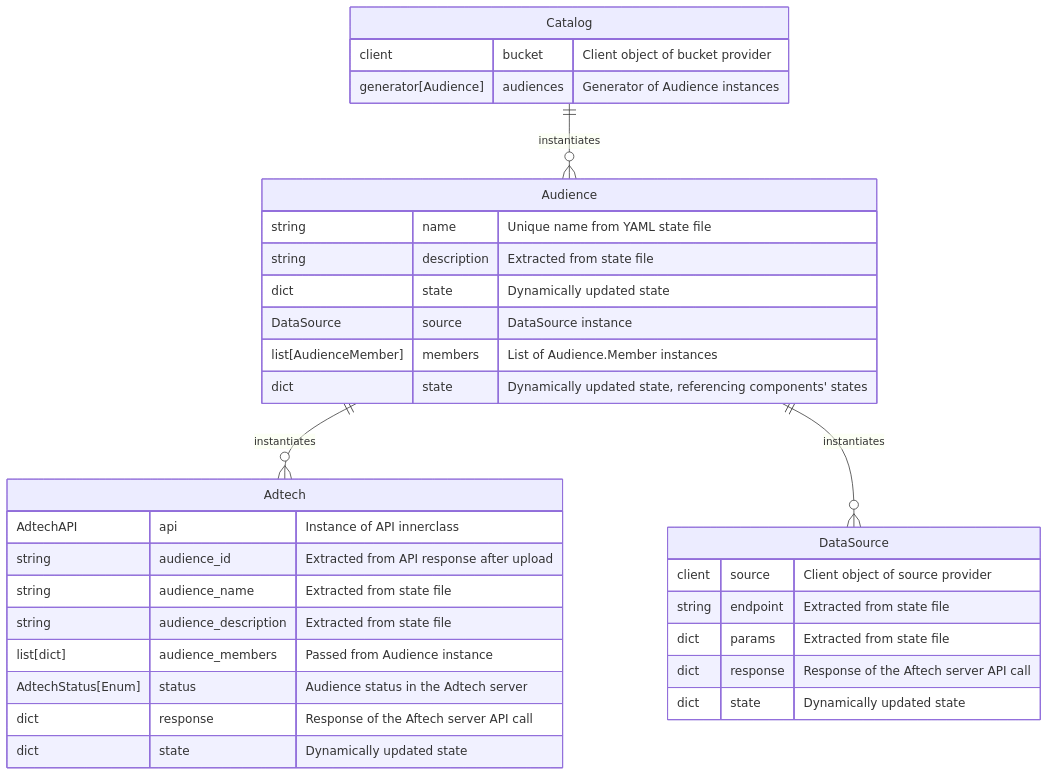
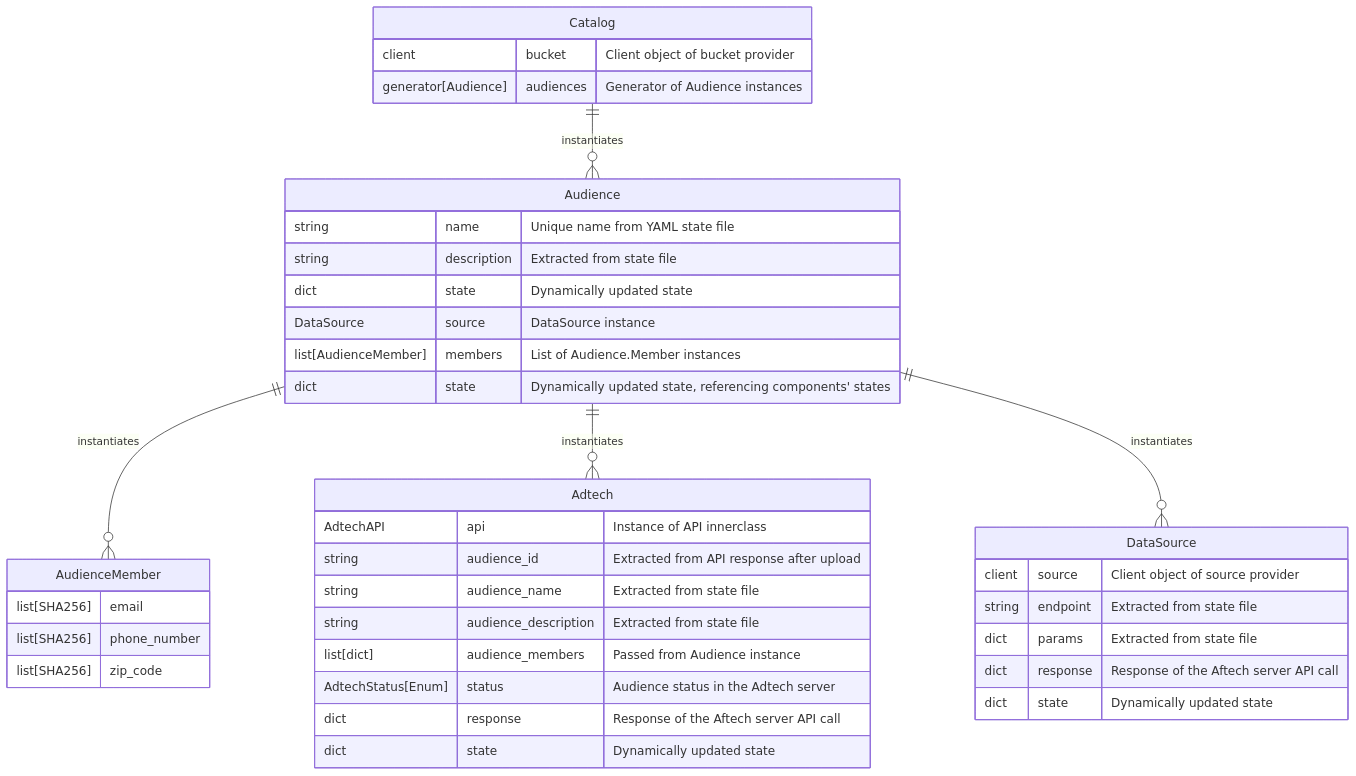
Before and after one commit to brunopini/dmp-design-pattern-demo: the second of 3 diagrams in README.md, drawn with Mermaid.

Commit message:
improved

````diff
--- a/README.md
+++ b/README.md
@@ -67,35 +67,41 @@
 ``` mermaid
 erDiagram
     Catalog ||--o{ Audience : instantiates
     Catalog {
         client bucket "Client object of bucket provider"
         generator[Audience] audiences "Generator of Audience instances"
+    }
+    Audience ||--o{ AudienceMember : instantiates
+    AudienceMember {
+        list[SHA256] email
+        list[SHA256] phone_number
+        list[SHA256] zip_code
     }
     Audience ||--o{ Adtech : instantiates
     Audience {
         string name "Unique name from YAML state file"
         string description "Extracted from state file"
         dict state "Dynamically updated state"
         DataSource source "DataSource instance"
         list[AudienceMember] members "List of Audience.Member instances"
         dict state "Dynamically updated state, referencing components' states"
     }
     Adtech {
         AdtechAPI api "Instance of API innerclass"
         string audience_id "Extracted from API response after upload"
         string audience_name "Extracted from state file"
         string audience_description "Extracted from state file"
         list[dict] audience_members "Passed from Audience instance"
         AdtechStatus[Enum] status "Audience status in the Adtech server"
         dict response "Response of the Aftech server API call"
         dict state "Dynamically updated state"
     }
     Audience ||--o{ DataSource : instantiates
     DataSource {
         client source "Client object of source provider"
         string endpoint "Extracted from state file"
         dict params "Extracted from state file"
         dict response "Response of the Aftech server API call"
         dict state "Dynamically updated state"
     }
 ```
````
